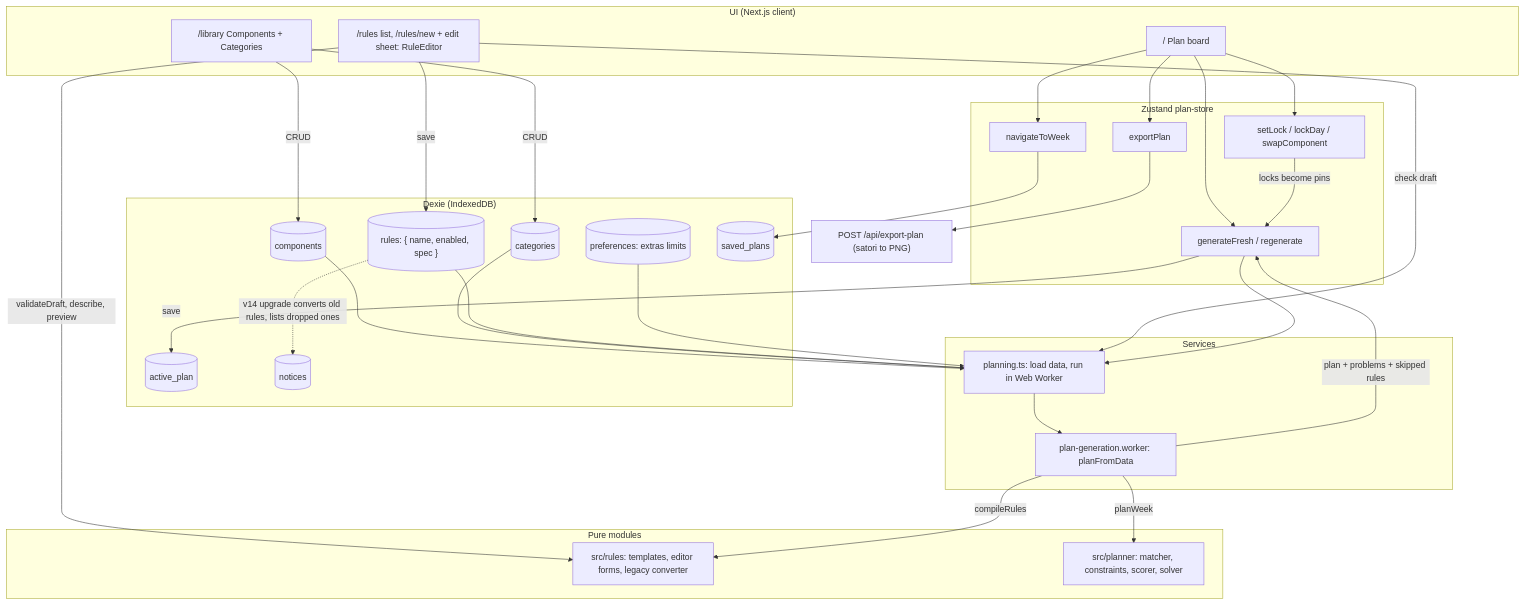
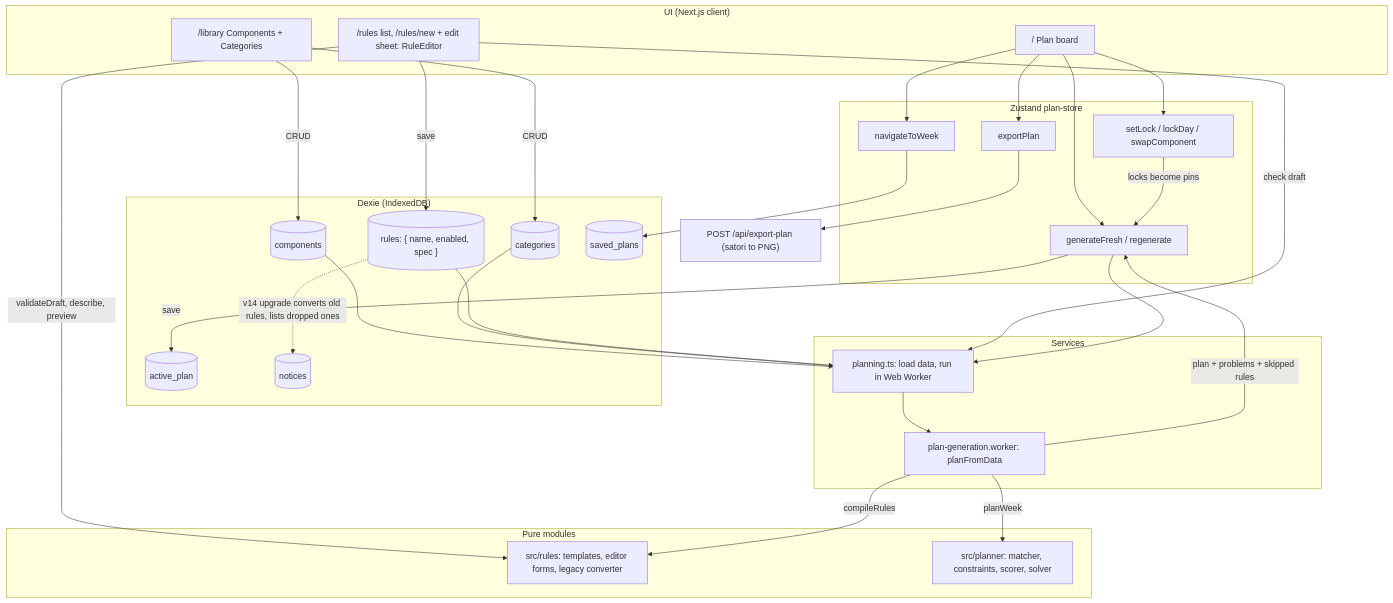
One commit to shriah/meal-planner changed the first of 2 diagrams in docs/architecture.md. Above: the diagram before and after it, drawn with Mermaid. The commit also changed other lines of this file and 51 other files, not shown here.

````diff
--- a/docs/architecture.md
+++ b/docs/architecture.md
@@ -9,62 +9,60 @@
 ```mermaid
 flowchart TD
     subgraph UI["UI (Next.js client)"]
         Home["/ Plan board"]
         Lib["/library Components + Categories"]
         RulesPage["/rules list, /rules/new + edit sheet: RuleEditor"]
     end
 
     subgraph Store["Zustand plan-store"]
         Gen["generateFresh / regenerate"]
         Edit["setLock / lockDay / swapComponent"]
         Nav["navigateToWeek"]
         Exp["exportPlan"]
     end
 
     subgraph DB["Dexie (IndexedDB)"]
         Comps[("components")]
         Cats[("categories")]
         RulesT[("rules: { name, enabled, spec }")]
-        Prefs[("preferences: extras limits")]
         Active[("active_plan")]
         Saved[("saved_plans")]
         Notices[("notices")]
     end
 
     subgraph Svc["Services"]
         Planning["planning.ts: load data, run in Web Worker"]
         Worker["plan-generation.worker: planFromData"]
     end
 
     subgraph Pure["Pure modules"]
         RulesMod["src/rules: templates, editor forms, legacy converter"]
         Planner["src/planner: matcher, constraints, scorer, solver"]
     end
 
     API["POST /api/export-plan (satori to PNG)"]
 
     Lib -->|CRUD| Comps
     Lib -->|CRUD| Cats
     RulesPage -->|validateDraft, describe, preview| RulesMod
     RulesPage -->|save| RulesT
     RulesPage -->|check draft| Planning
 
     Home --> Gen
     Home --> Edit
     Home --> Nav
     Home --> Exp
     Edit -->|locks become pins| Gen
     Gen --> Planning
     Comps --> Planning
     Cats --> Planning
     RulesT --> Planning
-    Prefs --> Planning
     Planning --> Worker
     Worker -->|compileRules| RulesMod
     Worker -->|planWeek| Planner
     Worker -->|plan + problems + skipped rules| Gen
     Gen -->|save| Active
     Nav --> Saved
     Exp --> API
     RulesT -.->|v14 upgrade converts old rules, lists dropped ones| Notices
 ```
````
